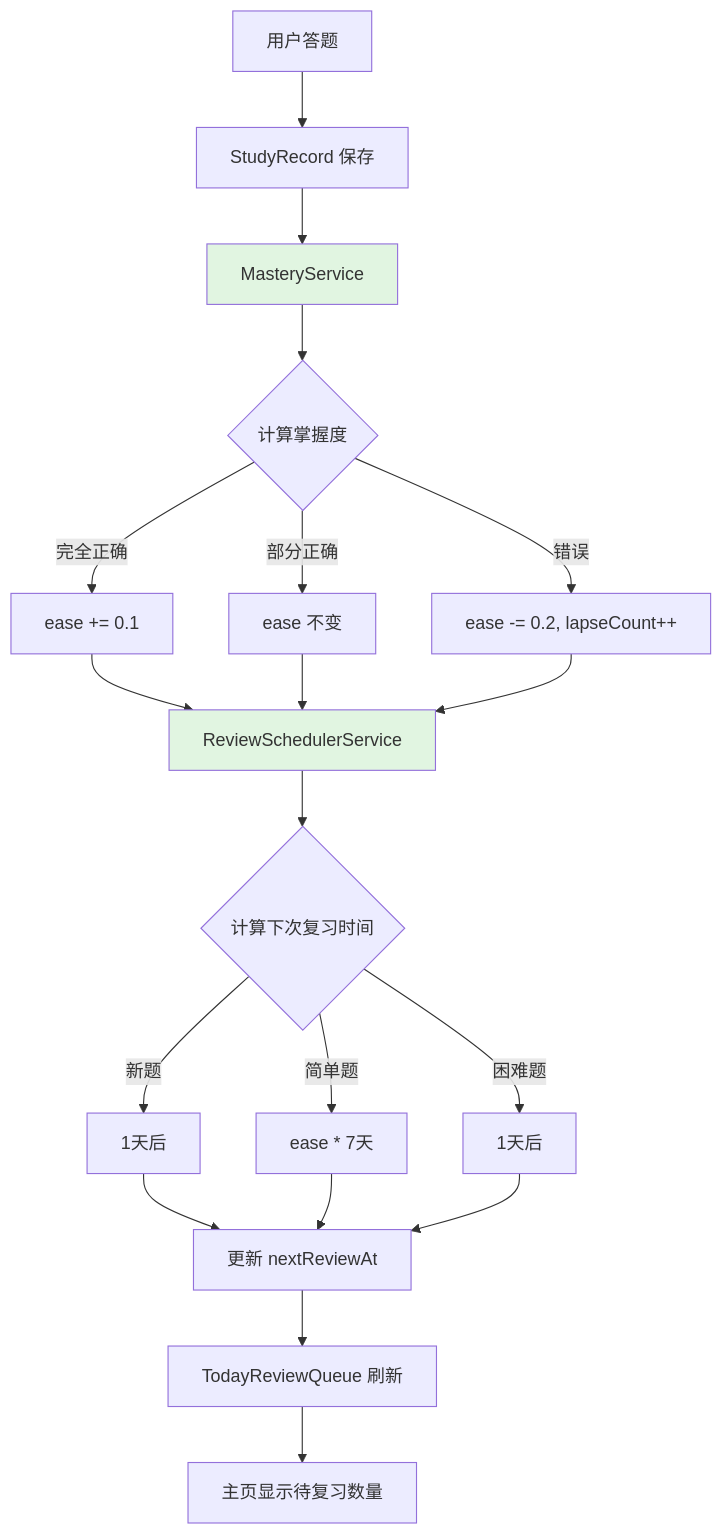
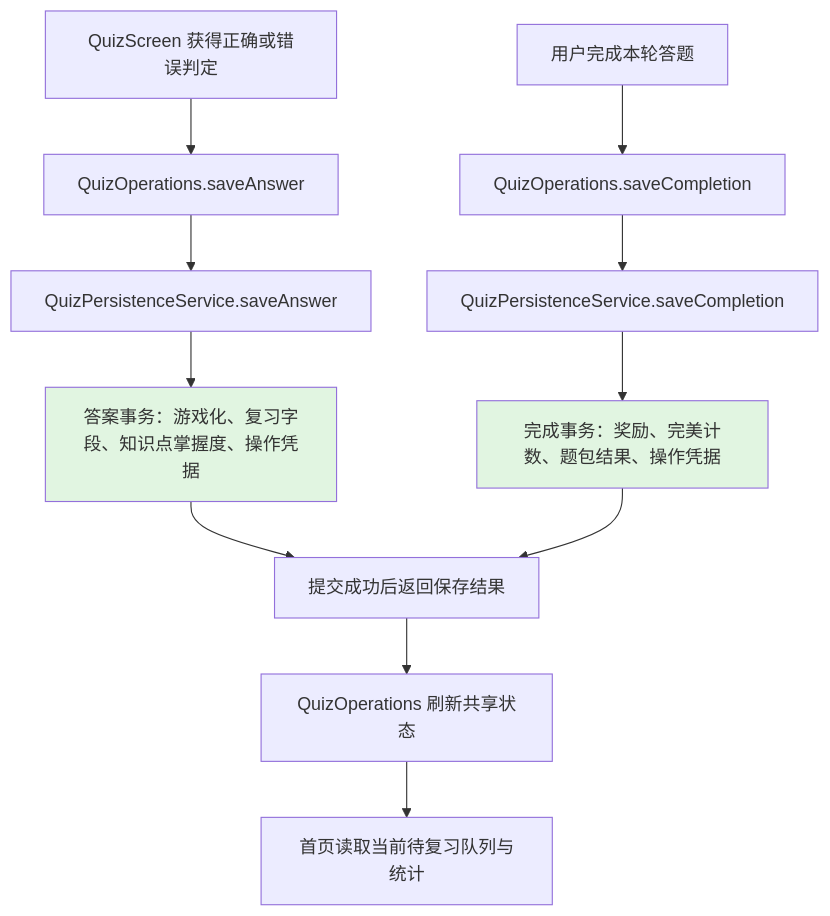
The fourth of 4 diagrams in docs/architecture/SYSTEM_OVERVIEW.md (Drew-Z/anchor), drawn with Mermaid before and after one commit. The commit also changed other lines of this file and 2 other files, not shown here.

Commit message:
docs: align review scheduling with current persistence

````diff
--- a/docs/architecture/SYSTEM_OVERVIEW.md
+++ b/docs/architecture/SYSTEM_OVERVIEW.md
@@ -169,29 +169,17 @@
 ```mermaid
 graph TD
-    A[用户答题] --> B[StudyRecord 保存]
-    B --> C[MasteryService]
-    C --> D{计算掌握度}
-    
-    D -->|完全正确| E[ease += 0.1]
-    D -->|部分正确| F[ease 不变]
-    D -->|错误| G[ease -= 0.2, lapseCount++]
-    
-    E --> H[ReviewSchedulerService]
-    F --> H
-    G --> H
-    
-    H --> I{计算下次复习时间}
-    I -->|新题| J[1天后]
-    I -->|简单题| K[ease * 7天]
-    I -->|困难题| L[1天后]
-    
-    J --> M[更新 nextReviewAt]
-    K --> M
-    L --> M
-    
-    M --> N[TodayReviewQueue 刷新]
-    N --> O[主页显示待复习数量]
-    
-    style C fill:#e1f5e1
-    style H fill:#e1f5e1
+    A[QuizScreen 获得正确或错误判定] --> B[QuizOperations.saveAnswer]
+    B --> C[QuizPersistenceService.saveAnswer]
+    C --> D[答案事务：游戏化、复习字段、知识点掌握度、操作凭据]
+    D --> E[提交成功后返回保存结果]
+    E --> F[QuizOperations 刷新共享状态]
+    F --> G[首页读取当前待复习队列与统计]
+
+    H[用户完成本轮答题] --> I[QuizOperations.saveCompletion]
+    I --> J[QuizPersistenceService.saveCompletion]
+    J --> K[完成事务：奖励、完美计数、题包结果、操作凭据]
+    K --> E
+
+    style D fill:#e1f5e1
+    style K fill:#e1f5e1
 ```
````
